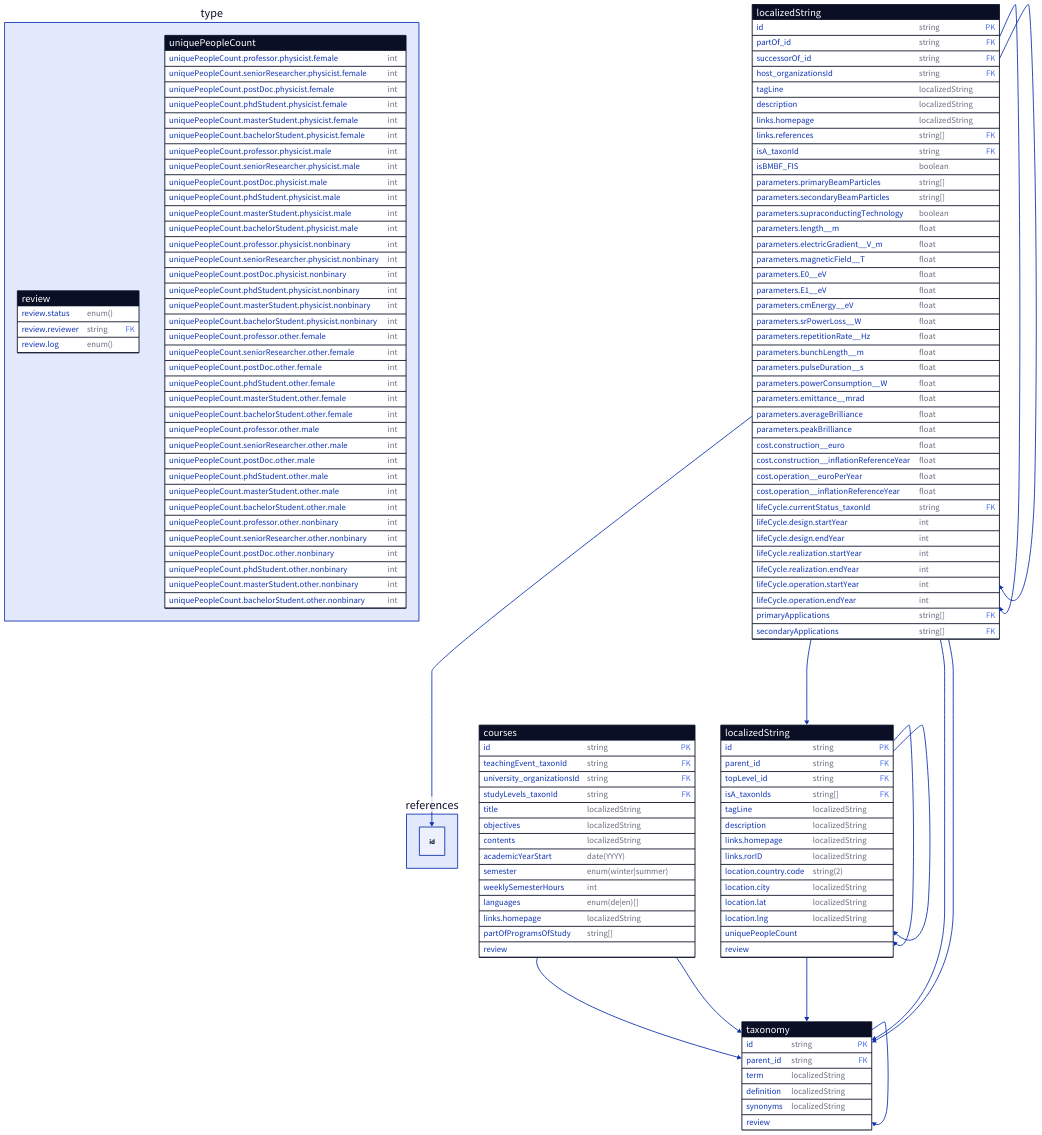
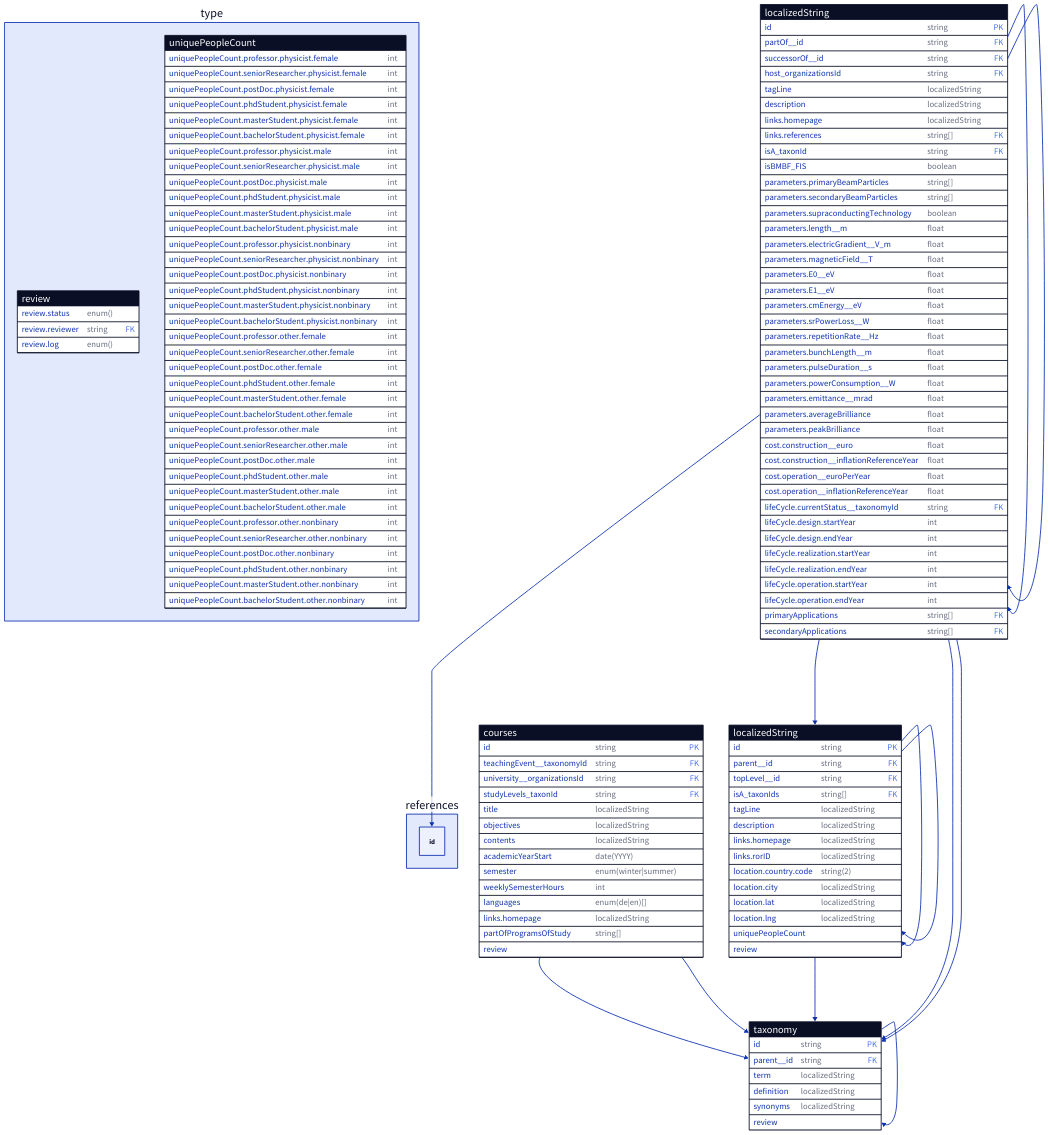
One commit to befide/bf2035 changed the diagram in packages/@befide/bf2035-inventory/src/content/docs/about/02-data-schema.mdx. Above: the diagram before and after it, drawn with D2. The commit also changed other lines of this file and 784 other files, not shown here.

```diff
--- a/packages/@befide/bf2035-inventory/src/content/docs/about/02-data-schema.mdx
+++ b/packages/@befide/bf2035-inventory/src/content/docs/about/02-data-schema.mdx
@@ -58,7 +58,7 @@
 "taxonomy": {
   shape: sql_table
   id: string {constraint: primary_key}
-  parent_id: string {constraint: foreign_key}
+  parent__id: string {constraint: foreign_key}
   term: localizedString
   definition: localizedString
   synonyms: localizedString
@@ -66,14 +66,14 @@
 
 }
 
-taxonomy.parent_id -> taxonomy.id
+taxonomy.parent__id -> taxonomy.id
 
 
 courses: {
   shape: sql_table
   id: string {constraint: primary_key}
-  teachingEvent_taxonId: string {constraint: foreign_key}
-  university_organizationsId: string {constraint: foreign_key}
+  teachingEvent__taxonomyId: string {constraint: foreign_key}
+  university__organizationsId: string {constraint: foreign_key}
   studyLevels_taxonId: string {constraint: foreign_key}
   title: localizedString
   objectives: localizedString
@@ -87,15 +87,15 @@
   review: review
 }
 
-courses.teachingEvent_taxonId -> taxonomy.id
+courses.teachingEvent__taxonomyId -> taxonomy.id
 courses.studyLevels_taxonId -> taxonomy.id
 
 
 organizations: {
   shape: sql_table
   id: string {constraint: primary_key}
-  parent_id: string {constraint: foreign_key}
-  topLevel_id: string {constraint: foreign_key}
+  parent__id: string {constraint: foreign_key}
+  topLevel__id: string {constraint: foreign_key}
   isA_taxonIds: "string[]" {constraint: foreign_key}
   "label": localizedString
   "tagLine": localizedString
@@ -111,15 +111,15 @@
 
 }
 
-organizations.parent_id -> organizations.id
-organizations.topLevel_id -> organizations.id
+organizations.parent__id -> organizations.id
+organizations.topLevel__id -> organizations.id
 organizations.isA_taxonIds -> taxonomy.id
 
 facilities: {
   shape: sql_table
   id: string {constraint: primary_key}
-  partOf_id: string {constraint: foreign_key}
-  successorOf_id: string {constraint: foreign_key}
+  partOf__id: string {constraint: foreign_key}
+  successorOf__id: string {constraint: foreign_key}
   host_organizationsId: string {constraint: foreign_key}
   "label": localizedString
   "tagLine": localizedString
@@ -151,7 +151,7 @@
   "cost.operation__inflationReferenceYear": float
   "parameters.peakBrilliance": float
 
-  "lifeCycle.currentStatus_taxonId": string {constraint: foreign_key}
+  "lifeCycle.currentStatus__taxonomyId": string {constraint: foreign_key}
   "lifeCycle.design.startYear": int
   "lifeCycle.design.endYear": int
   "lifeCycle.realization.startYear": int
@@ -164,11 +164,11 @@
 }
 
 
-facilities.partOf_id -> facilities.id
-facilities.successorOf_id -> facilities.id
+facilities.partOf__id -> facilities.id
+facilities.successorOf__id -> facilities.id
 facilities.host_organizationsId -> organizations.id
 facilities.isA_taxonId -> taxonomy.id
-facilities."lifeCycle.currentStatus_taxonId" -> taxonomy.id
+facilities."lifeCycle.currentStatus__taxonomyId" -> taxonomy.id
 facilities."links.references" -> references.id
 
 
```
